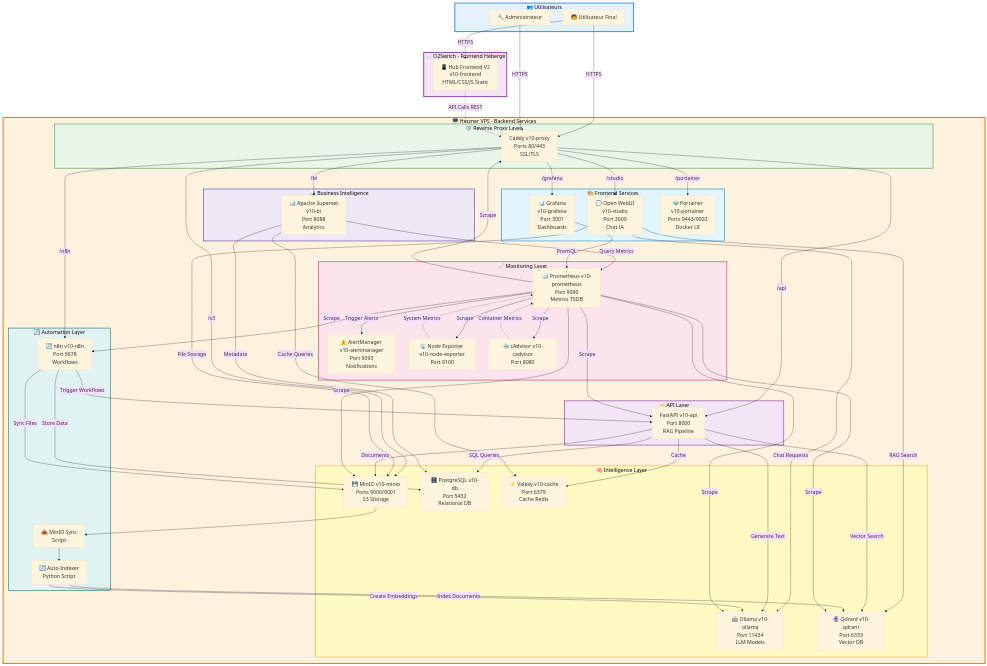
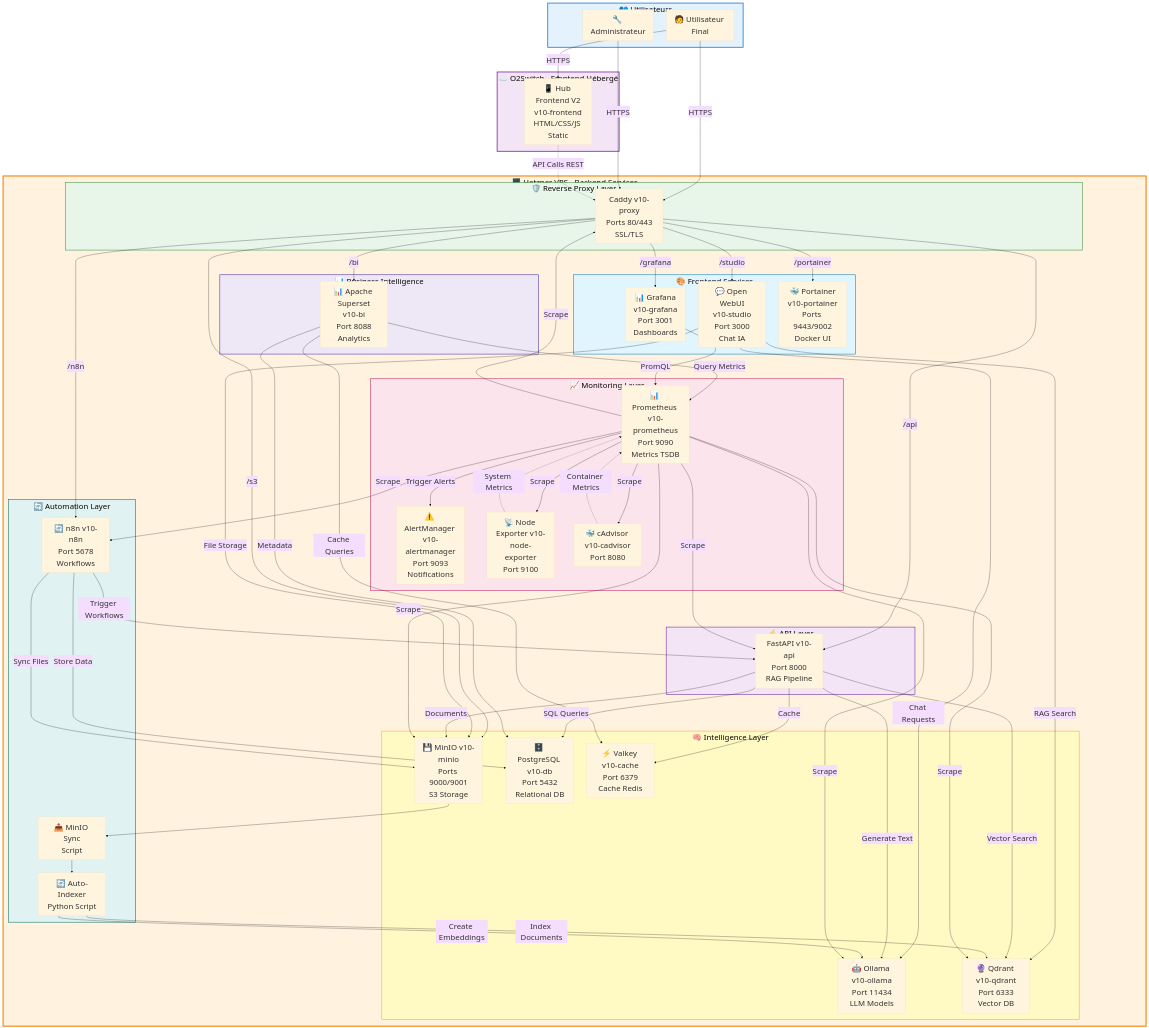
The eighth of 8 diagrams in docs/DIAGRAMS_MERMAID.md (stepstev/oceanphenix-IA-souveraine-v10_2026_DOCS), drawn with Mermaid before and after one commit. The commit also changed other lines of this file, not shown here.

First line of the commit message:
style: Increase font sizes in Mermaid diagrams for better readability

````diff
--- a/docs/DIAGRAMS_MERMAID.md
+++ b/docs/DIAGRAMS_MERMAID.md
@@ -495,5 +495,5 @@
 ```mermaid
-%%{init: {'theme':'base', 'themeVariables': {'fontSize':'20px'}}}%%
+%%{init: {'theme':'base', 'themeVariables': {'fontSize':'30px', 'fontFamily':'Arial, sans-serif'}}}%%
 graph TB
     subgraph Users["👥 Utilisateurs"]
         USER[🧑 Utilisateur Final]
````
